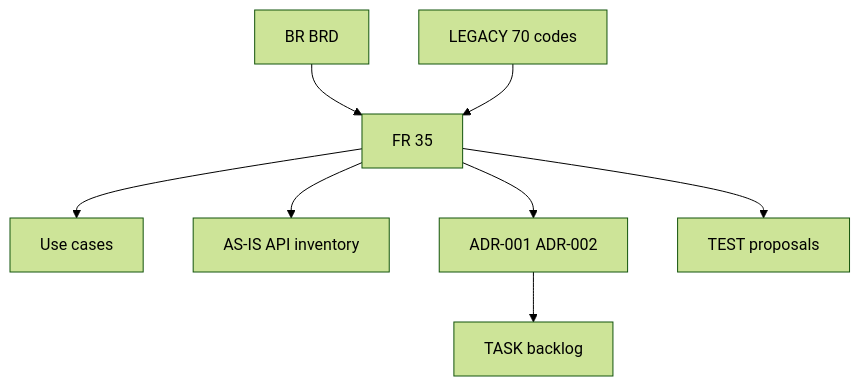
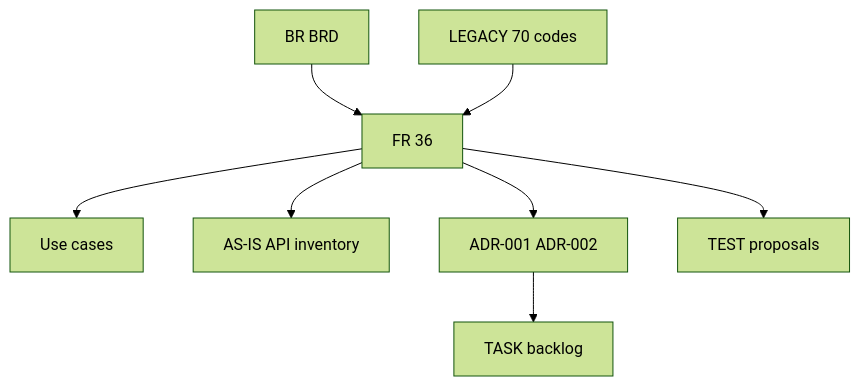
One commit to fdeniz07/RealEstateBackend changed the diagram in docs/00-governance/TRACEABILITY_MATRIX.md. Above: the diagram before and after it, drawn with Mermaid (forest theme). The commit also changed other lines of this file and 1 other file, not shown here.

````diff
--- a/docs/00-governance/TRACEABILITY_MATRIX.md
+++ b/docs/00-governance/TRACEABILITY_MATRIX.md
@@ -27,10 +27,10 @@
 ```mermaid
 flowchart TB
-  BR[BR BRD] --> FR[FR 35]
+  BR[BR BRD] --> FR[FR 36]
   LEG[LEGACY 70 codes] --> FR
   FR --> UC[Use cases]
   FR --> API[AS-IS API inventory]
   FR --> ADR[ADR-001 ADR-002]
   FR --> TEST[TEST proposals]
   ADR --> TASK[TASK backlog]
 ```
````
